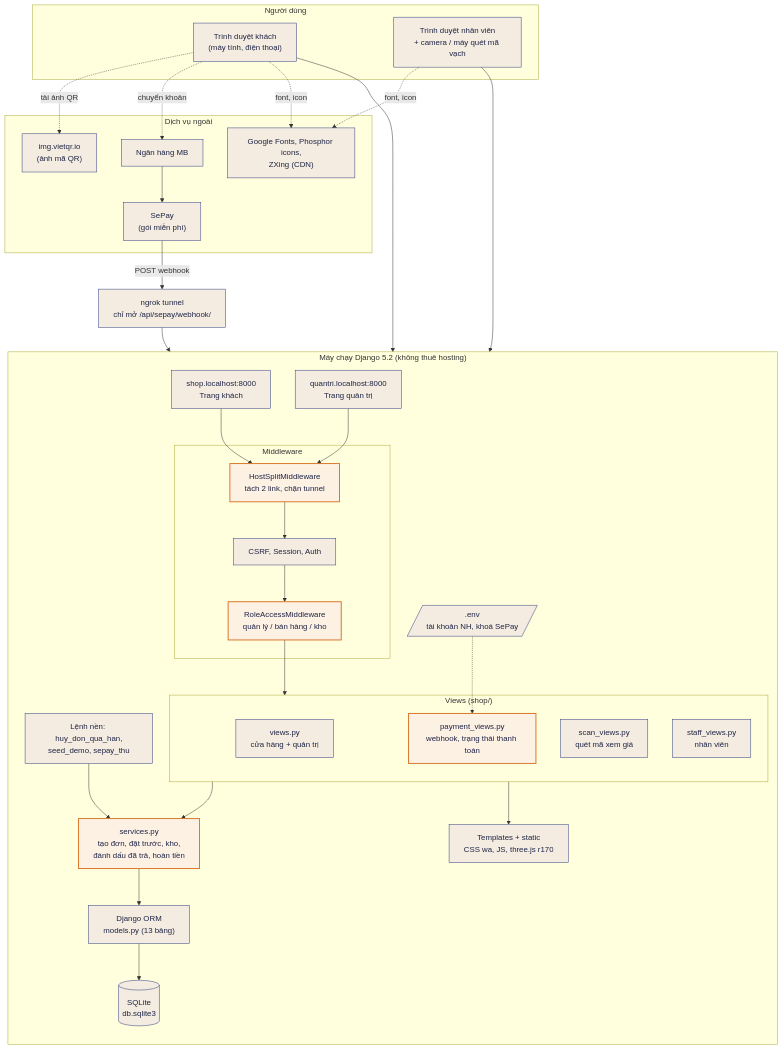
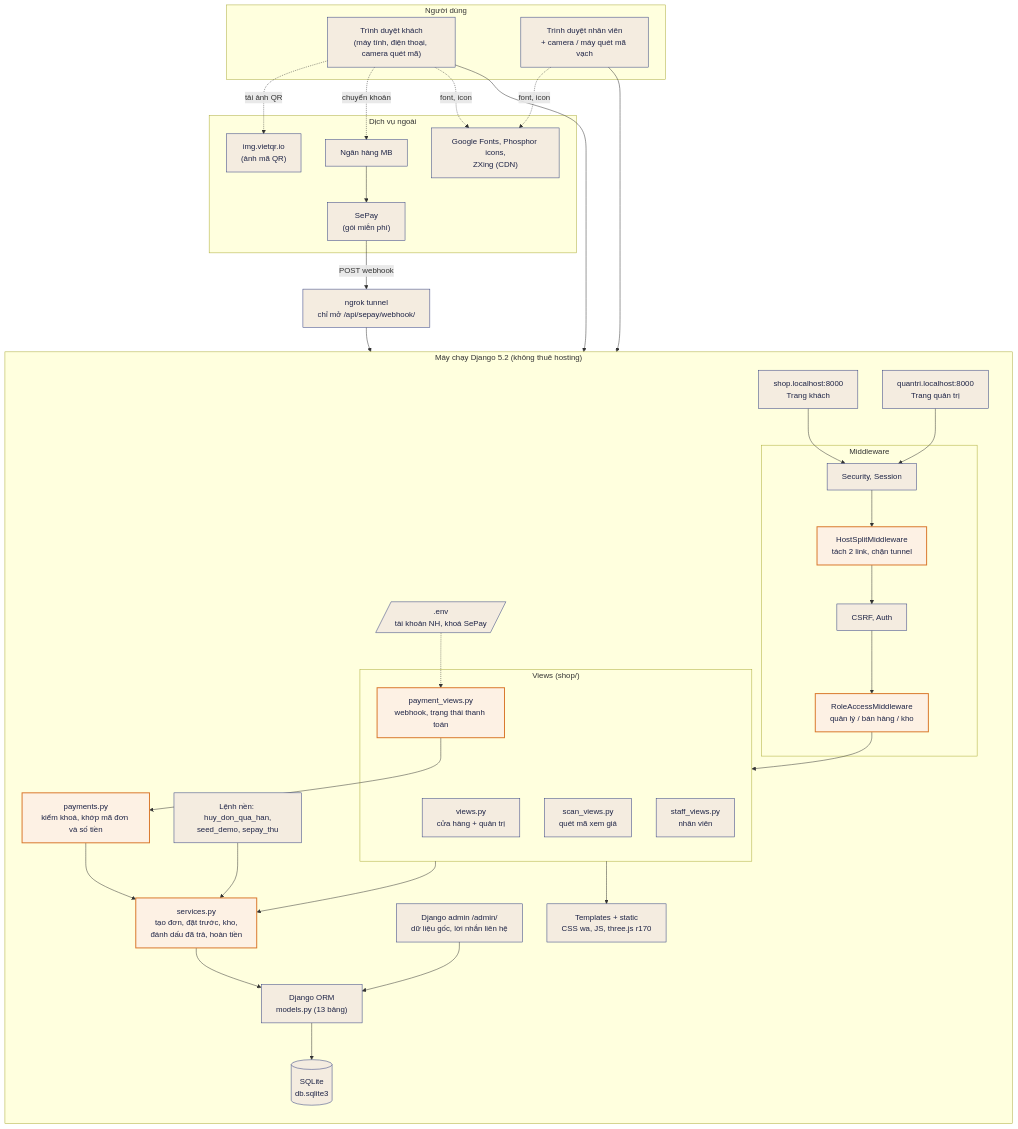
One commit to tonga-ai-star/HEPSTORE_JAPAN_FULL changed the fourth of 4 diagrams in docs/SoDo_Hep_Bookstore.md. Above: the diagram before and after it, drawn with Mermaid. The commit also changed other lines of this file and 10 other files, not shown here.

Commit message:
docs: sửa sơ đồ cho khớp code (tự hủy đơn, khớp giao dịch, middleware, lời nhắn); đổi tên trang /admin/ sang Hép Bookstore

````diff
--- a/docs/SoDo_Hep_Bookstore.md
+++ b/docs/SoDo_Hep_Bookstore.md
@@ -153,54 +155,59 @@
 ```mermaid
 flowchart TB
   subgraph U["Người dùng"]
-    B1["Trình duyệt khách<br/>(máy tính, điện thoại)"]
+    B1["Trình duyệt khách<br/>(máy tính, điện thoại, camera quét mã)"]
     B2["Trình duyệt nhân viên<br/>+ camera / máy quét mã vạch"]
   end
   subgraph EXT["Dịch vụ ngoài"]
     BANK["Ngân hàng MB"]
     SEPAY["SePay<br/>(gói miễn phí)"]
     VQR["img.vietqr.io<br/>(ảnh mã QR)"]
     CDN["Google Fonts, Phosphor icons,<br/>ZXing (CDN)"]
   end
   NG["ngrok tunnel<br/>chỉ mở /api/sepay/webhook/"]
   subgraph SRV["Máy chạy Django 5.2 (không thuê hosting)"]
     direction TB
     H1["shop.localhost:8000<br/>Trang khách"]
     H2["quantri.localhost:8000<br/>Trang quản trị"]
     subgraph MW["Middleware"]
+      M0["Security, Session"]
       M1["HostSplitMiddleware<br/>tách 2 link, chặn tunnel"]
-      M2["CSRF, Session, Auth"]
+      M2["CSRF, Auth"]
       M3["RoleAccessMiddleware<br/>quản lý / bán hàng / kho"]
     end
     subgraph V["Views (shop/)"]
       V1["views.py<br/>cửa hàng + quản trị"]
       V2["payment_views.py<br/>webhook, trạng thái thanh toán"]
       V3["scan_views.py<br/>quét mã xem giá"]
       V4["staff_views.py<br/>nhân viên"]
     end
+    PAY["payments.py<br/>kiểm khoá, khớp mã đơn và số tiền"]
+    ADM["Django admin /admin/<br/>dữ liệu gốc, lời nhắn liên hệ"]
     SVC["services.py<br/>tạo đơn, đặt trước, kho,<br/>đánh dấu đã trả, hoàn tiền"]
     ORM["Django ORM<br/>models.py (13 bảng)"]
     TPL["Templates + static<br/>CSS wa, JS, three.js r170"]
     CMD["Lệnh nền: huy_don_qua_han,<br/>seed_demo, sepay_thu"]
     DB[("SQLite<br/>db.sqlite3")]
     ENV[/".env<br/>tài khoản NH, khoá SePay"/]
   end
   B1 --> H1
   B2 --> H2
-  H1 --> M1
-  H2 --> M1
-  M1 --> M2 --> M3 --> V
+  H1 --> M0
+  H2 --> M0
+  M0 --> M1 --> M2 --> M3 --> V
   V --> SVC --> ORM --> DB
+  V2 --> PAY --> SVC
+  ADM --> ORM
   V --> TPL
   CMD --> SVC
   ENV -.-> V2
   B1 -. "tải ảnh QR" .-> VQR
   B1 -. "chuyển khoản" .-> BANK
   BANK --> SEPAY
-  SEPAY -- "POST webhook" --> NG --> M1
+  SEPAY -- "POST webhook" --> NG --> M0
   B1 -. "font, icon" .-> CDN
   B2 -. "font, icon" .-> CDN
   classDef default fill:#f4ece0,stroke:#2c3a7e,color:#1f2547
   classDef hot fill:#fdf1e4,stroke:#d9772b,stroke-width:2px,color:#1f2547
-  class SVC,M1,M3,V2 hot
+  class SVC,M1,M3,V2,PAY hot
 ```
````
